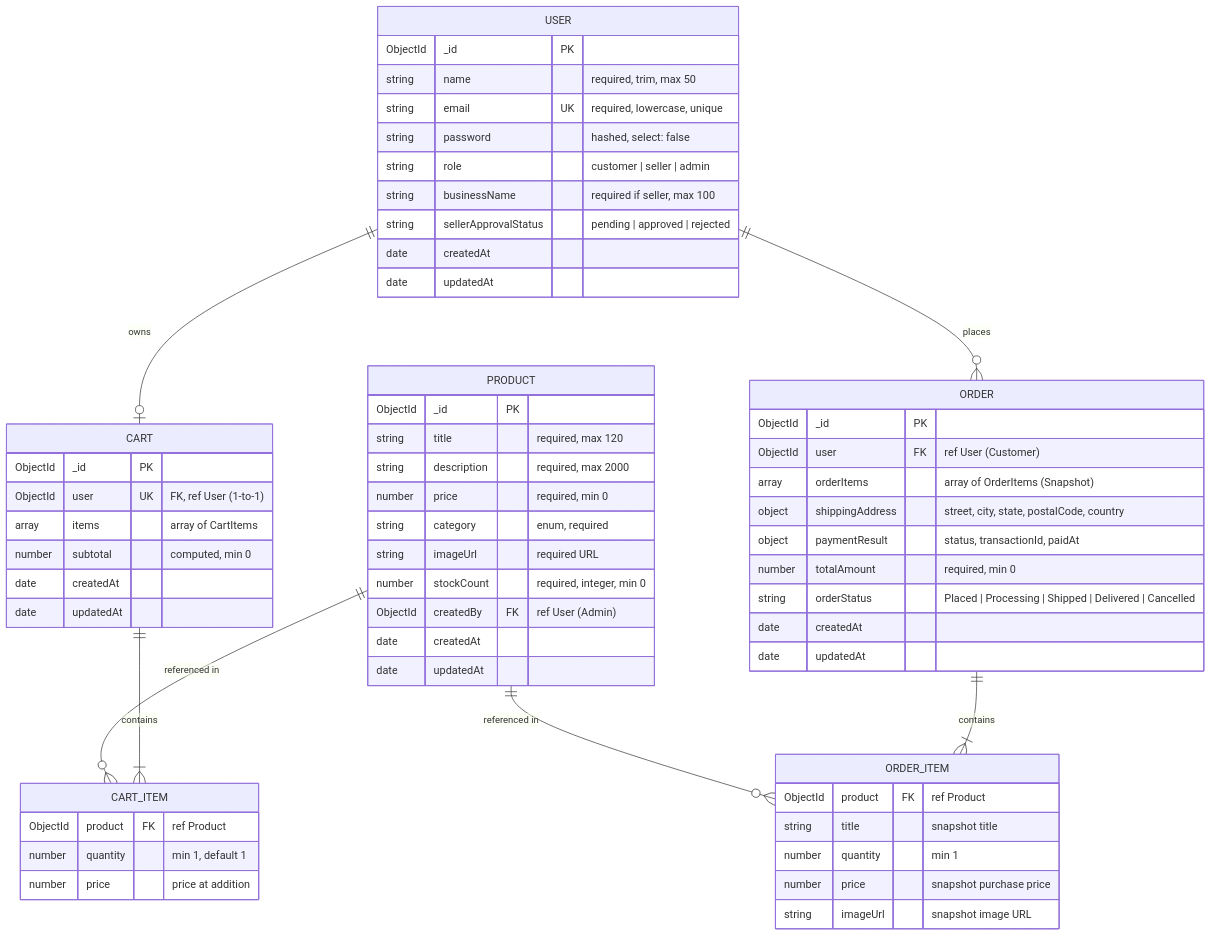
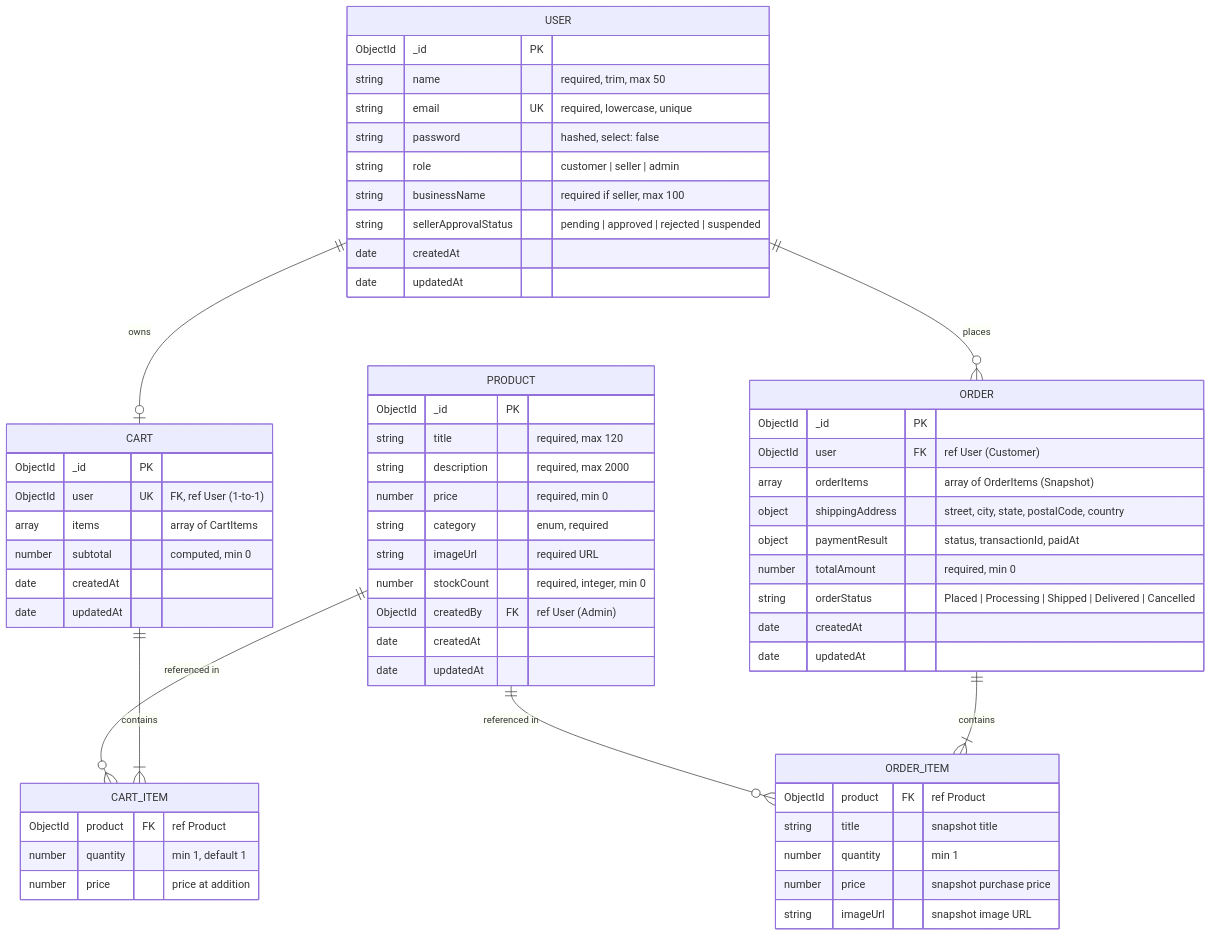
The diagram in SCHEMA.md (shresthajain512-cmd/cartiva-ecommerce), drawn with Mermaid before and after one commit. The commit also changed other lines of this file and 13 other files, not shown here.

````diff
--- a/SCHEMA.md
+++ b/SCHEMA.md
@@ -23,69 +23,69 @@
 ```mermaid
 erDiagram
     USER ||--o| CART : "owns"
     USER ||--o{ ORDER : "places"
     PRODUCT ||--o{ CART_ITEM : "referenced in"
     CART ||--|{ CART_ITEM : "contains"
     PRODUCT ||--o{ ORDER_ITEM : "referenced in"
     ORDER ||--|{ ORDER_ITEM : "contains"
 
     USER {
         ObjectId _id PK
         string name "required, trim, max 50"
         string email UK "required, lowercase, unique"
         string password "hashed, select: false"
         string role "customer | seller | admin"
         string businessName "required if seller, max 100"
-        string sellerApprovalStatus "pending | approved | rejected"
+        string sellerApprovalStatus "pending | approved | rejected | suspended"
         date createdAt
         date updatedAt
     }
 
     PRODUCT {
         ObjectId _id PK
         string title "required, max 120"
         string description "required, max 2000"
         number price "required, min 0"
         string category "enum, required"
         string imageUrl "required URL"
         number stockCount "required, integer, min 0"
         ObjectId createdBy FK "ref User (Admin)"
         date createdAt
         date updatedAt
     }
 
     CART {
         ObjectId _id PK
         ObjectId user UK "FK, ref User (1-to-1)"
         array items "array of CartItems"
         number subtotal "computed, min 0"
         date createdAt
         date updatedAt
     }
 
     CART_ITEM {
         ObjectId product FK "ref Product"
         number quantity "min 1, default 1"
         number price "price at addition"
     }
 
     ORDER {
         ObjectId _id PK
         ObjectId user FK "ref User (Customer)"
         array orderItems "array of OrderItems (Snapshot)"
         object shippingAddress "street, city, state, postalCode, country"
         object paymentResult "status, transactionId, paidAt"
         number totalAmount "required, min 0"
         string orderStatus "Placed | Processing | Shipped | Delivered | Cancelled"
         date createdAt
         date updatedAt
     }
 
     ORDER_ITEM {
         ObjectId product FK "ref Product"
         string title "snapshot title"
         number quantity "min 1"
         number price "snapshot purchase price"
         string imageUrl "snapshot image URL"
     }
 ```
````
